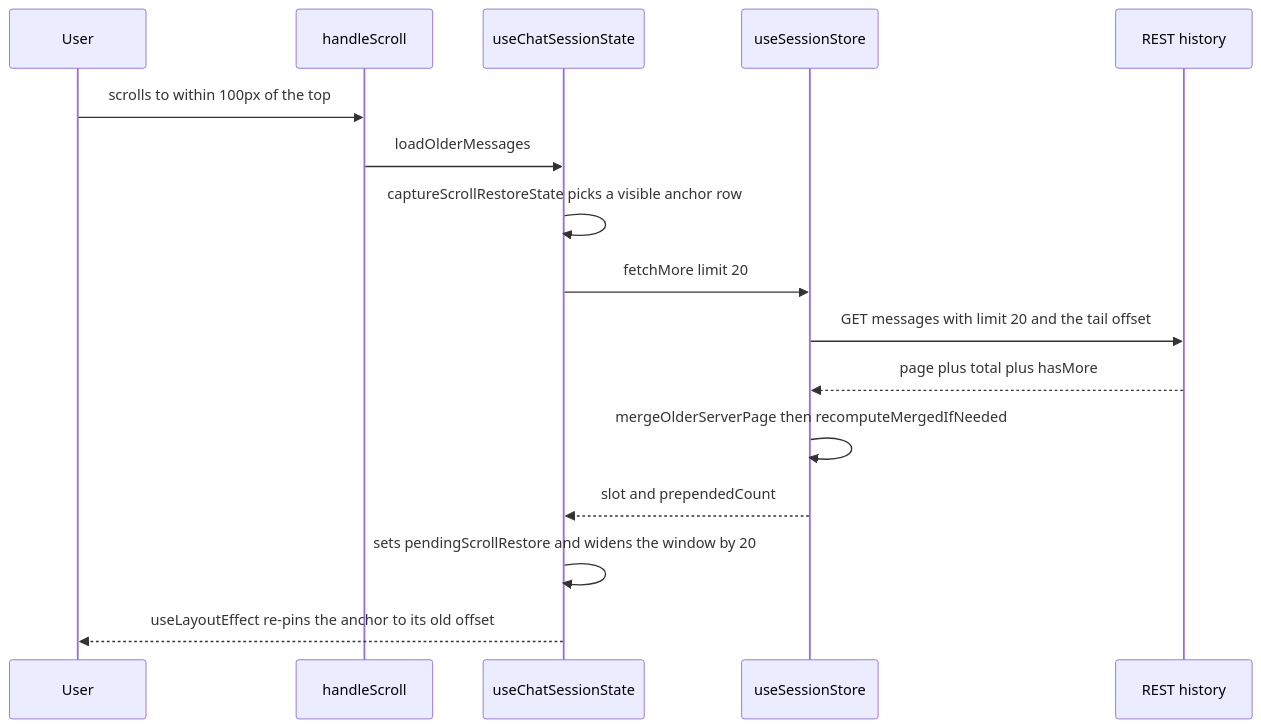
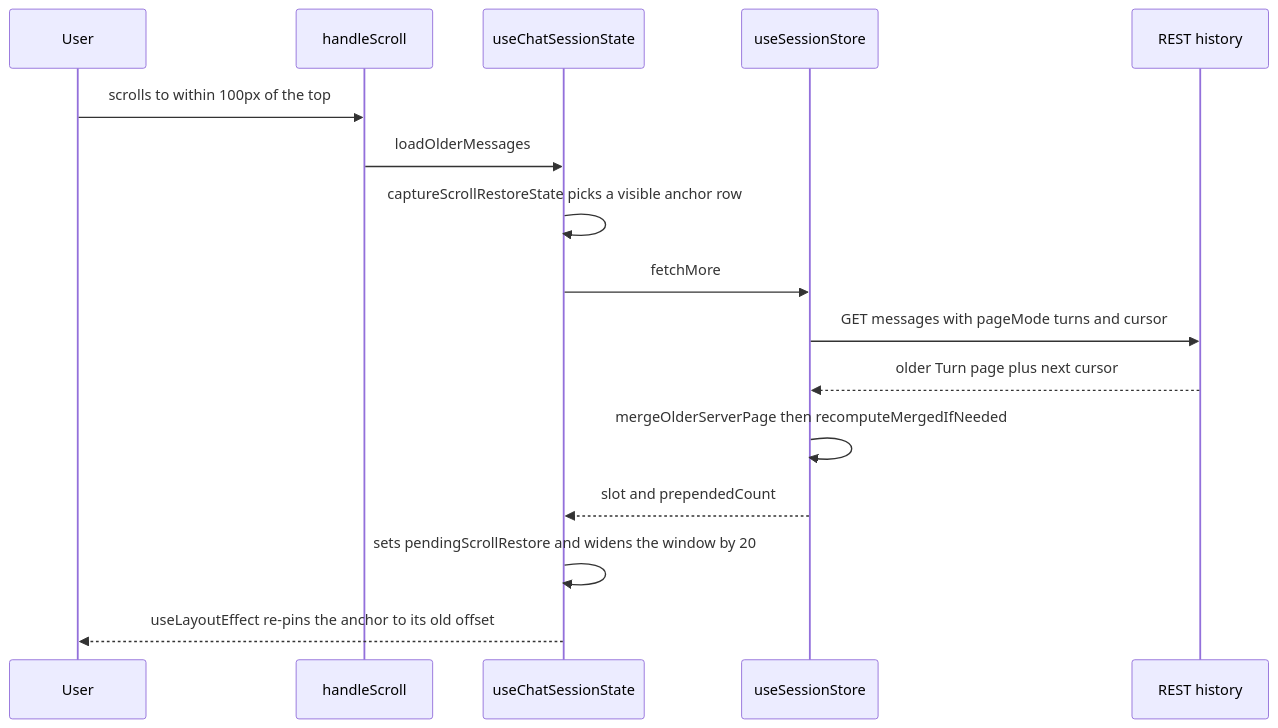
One commit to selierlin/cloudcli changed the second of 3 diagrams in docs/architecture/04-message-store-and-lazy-loading.md. Above: the diagram before and after it, drawn with Mermaid. The commit also changed other lines of this file and 35 other files, not shown here.

````diff
--- a/docs/architecture/04-message-store-and-lazy-loading.md
+++ b/docs/architecture/04-message-store-and-lazy-loading.md
@@ -289,19 +322,19 @@
 ```mermaid
 sequenceDiagram
   participant U as User
   participant SC as handleScroll
   participant VS as useChatSessionState
   participant ST as useSessionStore
   participant API as REST history
 
   U->>SC: scrolls to within 100px of the top
   SC->>VS: loadOlderMessages
   VS->>VS: captureScrollRestoreState picks a visible anchor row
-  VS->>ST: fetchMore limit 20
-  ST->>API: GET messages with limit 20 and the tail offset
-  API-->>ST: page plus total plus hasMore
+  VS->>ST: fetchMore
+  ST->>API: GET messages with pageMode turns and cursor
+  API-->>ST: older Turn page plus next cursor
   ST->>ST: mergeOlderServerPage then recomputeMergedIfNeeded
   ST-->>VS: slot and prependedCount
   VS->>VS: sets pendingScrollRestore and widens the window by 20
   VS-->>U: useLayoutEffect re-pins the anchor to its old offset
 ```
````
